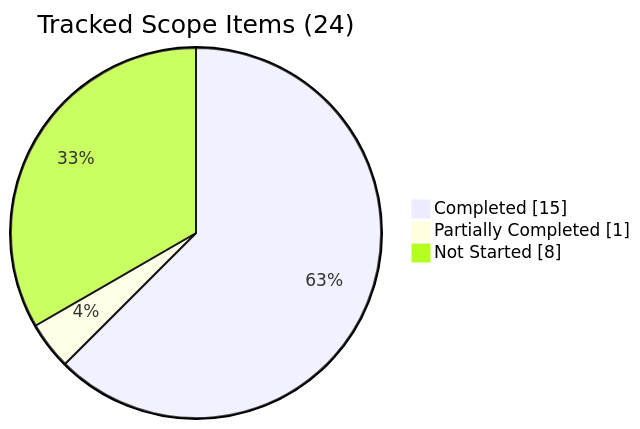
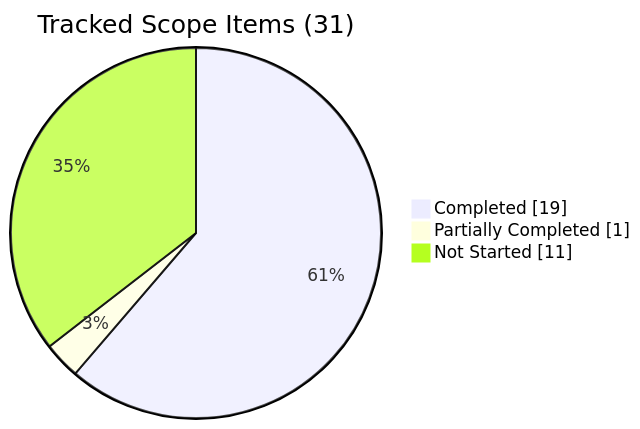
The fourth of 4 diagrams in blitzy/documentation/Project Guide.md (rjhonsi/BlitzyRepo1), drawn with Mermaid before and after one commit. The commit also changed other lines of this file, not shown here.

````diff
--- a/blitzy/documentation/Project Guide.md
+++ b/blitzy/documentation/Project Guide.md
@@ -250,6 +256,6 @@
 ```mermaid
-pie showData title Tracked Scope Items (24)
-    "Completed" : 15
+pie showData title Tracked Scope Items (31)
+    "Completed" : 19
     "Partially Completed" : 1
-    "Not Started" : 8
+    "Not Started" : 11
 ```
````
